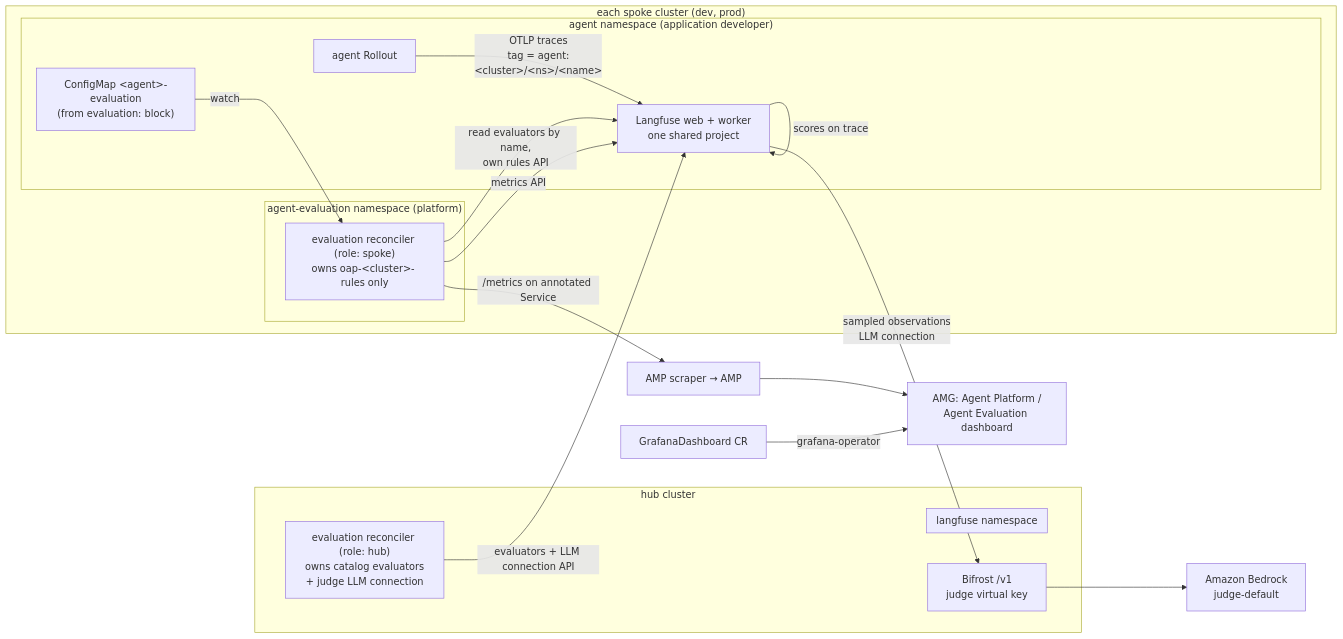
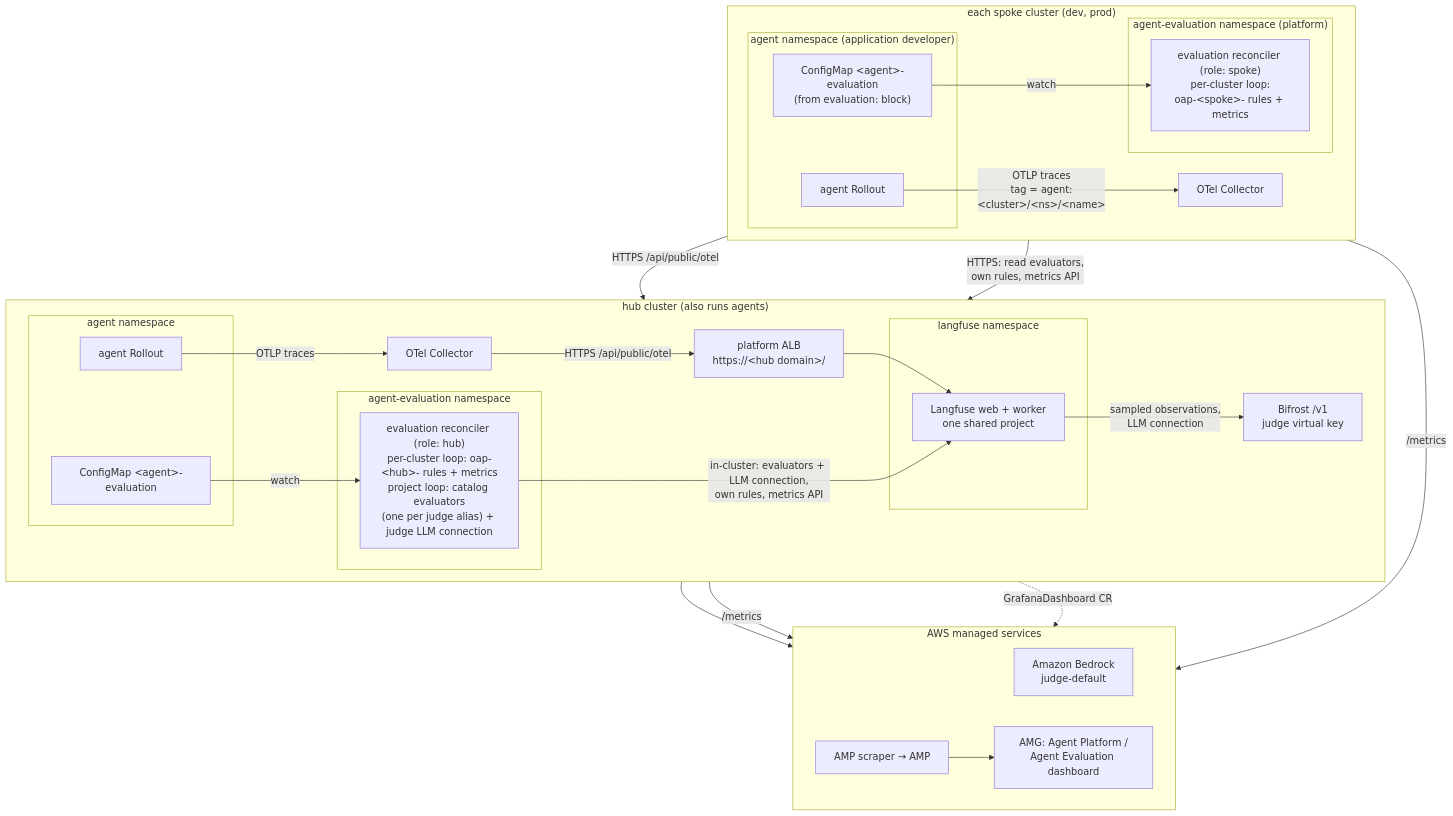
One commit to awslabs/open-agentic-platform changed the third of 4 diagrams in docs/architecture/agent-evaluation.md. Above: the diagram before and after it, drawn with Mermaid. The commit also changed other lines of this file, not shown here.

Commit message:
docs(architecture): redraw the architecture as hub, spoke and AWS, with the hub's own agents and the spoke's HTTPS path to Langfuse
The previous diagram drew spoke traces straight into the hub Langfuse box and showed no agents on the hub. Spoke collectors and reconcilers reach Langfuse over HTTPS on the hub domain through the platform ALB, and the hub runs the per-cluster loop for its own agents next to the project loop.

````diff
--- a/docs/architecture/agent-evaluation.md
+++ b/docs/architecture/agent-evaluation.md
@@ -965,29 +965,51 @@
 ```mermaid
-flowchart LR
+flowchart TB
   subgraph SPOKE["each spoke cluster (dev, prod)"]
+    direction LR
     subgraph NS["agent namespace (application developer)"]
-      A["agent Rollout"] -- "OTLP traces<br/>tag = agent:&lt;cluster&gt;/&lt;ns&gt;/&lt;name&gt;" --> LF
+      A["agent Rollout"]
       CM["ConfigMap &lt;agent&gt;-evaluation<br/>(from evaluation: block)"]
     end
+    OC["OTel Collector"]
     subgraph EV["agent-evaluation namespace (platform)"]
-      R["evaluation reconciler (role: spoke)<br/>owns oap-&lt;cluster&gt;- rules only"]
+      R["evaluation reconciler (role: spoke)<br/>per-cluster loop:<br/>oap-&lt;spoke&gt;- rules + metrics"]
     end
   end
-  subgraph HUB["hub cluster"]
+  subgraph HUB["hub cluster (also runs agents)"]
+    direction LR
+    subgraph HNS["agent namespace"]
+      HA["agent Rollout"]
+      HCM["ConfigMap &lt;agent&gt;-evaluation"]
+    end
+    HOC["OTel Collector"]
+    subgraph HEV["agent-evaluation namespace"]
+      RH["evaluation reconciler (role: hub)<br/>per-cluster loop: oap-&lt;hub&gt;- rules + metrics<br/>project loop: catalog evaluators<br/>(one per judge alias) + judge LLM connection"]
+    end
+    ALB["platform ALB<br/>https://&lt;hub domain&gt;/"]
     subgraph LFN["langfuse namespace"]
       LF["Langfuse web + worker<br/>one shared project"]
     end
-    RH["evaluation reconciler (role: hub)<br/>owns catalog evaluators<br/>+ judge LLM connection"]
     BF["Bifrost /v1<br/>judge virtual key"]
   end
+  subgraph AWS["AWS managed services"]
+    direction LR
+    BR["Amazon Bedrock<br/>judge-default"]
+    M["AMP scraper → AMP"]
+    G["AMG: Agent Platform /<br/>Agent Evaluation dashboard"]
+  end
+  A -- "OTLP traces<br/>tag = agent:&lt;cluster&gt;/&lt;ns&gt;/&lt;name&gt;" --> OC
   CM -- "watch" --> R
-  RH -- "evaluators + LLM connection API" --> LF
-  R -- "read evaluators by name,<br/>own rules API" --> LF
-  LF -- "sampled observations<br/>LLM connection" --> BF
-  BF --> BR["Amazon Bedrock<br/>judge-default"]
-  LF -- "scores on trace" --> LF
-  R -- "metrics API" --> LF
-  R -- "/metrics on annotated Service" --> M["AMP scraper → AMP"]
-  M --> G["AMG: Agent Platform /<br/>Agent Evaluation dashboard"]
-  GD["GrafanaDashboard CR"] -- "grafana-operator" --> G
+  OC -- "HTTPS /api/public/otel" --> ALB
+  R -- "HTTPS: read evaluators,<br/>own rules, metrics API" --> ALB
+  HA -- "OTLP traces" --> HOC
+  HCM -- "watch" --> RH
+  HOC -- "HTTPS /api/public/otel" --> ALB
+  ALB --> LF
+  RH -- "in-cluster: evaluators + LLM connection,<br/>own rules, metrics API" --> LF
+  LF -- "sampled observations,<br/>LLM connection" --> BF
+  BF --> BR
+  R -- "/metrics" --> M
+  RH -- "/metrics" --> M
+  M --> G
+  HEV -. "GrafanaDashboard CR" .-> G
 ```
````
